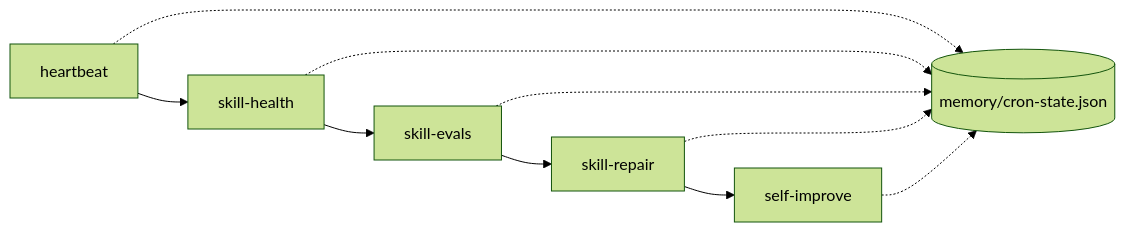
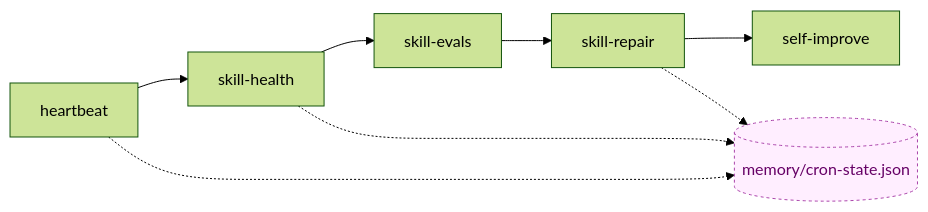
Before and after one commit to anajuliabit/aeon: the second of 7 diagrams in docs/skill-graph.md, drawn with Mermaid (forest theme). The commit also changed other lines of this file and 4 other files, not shown here.

First line of the commit message:
docs(skill-graph): regenerate map (shared_state 21→27)

````diff
--- a/docs/skill-graph.md
+++ b/docs/skill-graph.md
@@ -40,18 +47,22 @@
 ```mermaid
 flowchart LR
-  heartbeat["heartbeat"]
-  skill_health["skill-health"]
-  skill_evals["skill-evals"]
-  skill_repair["skill-repair"]
-  self_improve["self-improve"]
-  state[("memory/cron-state.json")]
-  heartbeat --> skill_health
-  skill_health --> skill_evals
-  skill_evals --> skill_repair
-  skill_repair --> self_improve
-  heartbeat -.-> state
-  skill_health -.-> state
-  skill_evals -.-> state
-  skill_repair -.-> state
-  self_improve -.-> state
+    heartbeat["heartbeat"]
+    skill_health["skill-health"]
+    skill_evals["skill-evals"]
+    skill_repair["skill-repair"]
+    self_improve["self-improve"]
+    heartbeat --> skill_health
+    skill_health --> skill_evals
+    skill_evals --> skill_repair
+    skill_repair --> self_improve
+    cron_state[("memory/cron-state.json")]:::state
+    heartbeat -.-> cron_state
+    skill_health -.-> cron_state
+    skill_repair -.-> cron_state
+    click heartbeat "../skills/heartbeat/SKILL.md"
+    click skill_health "../skills/skill-health/SKILL.md"
+    click skill_evals "../skills/skill-evals/SKILL.md"
+    click skill_repair "../skills/skill-repair/SKILL.md"
+    click self_improve "../skills/self-improve/SKILL.md"
+    classDef state fill:#fef,stroke:#a4a,stroke-dasharray:3 3,color:#606
 ```
````
